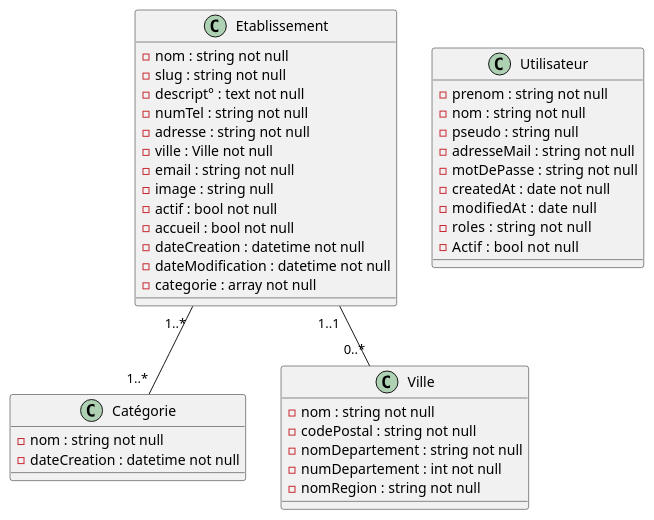
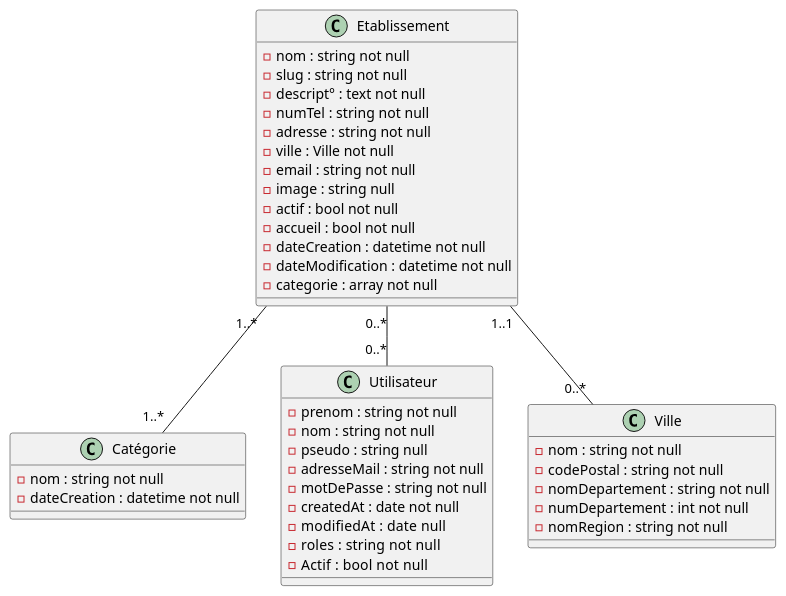
The diagram in documentation/Diagramme de classe.puml (DUTREUXAlexis/FC_TourismeBts), drawn with PlantUML before and after one commit. The commit also changed 11 other files, not shown here.

```diff
--- a/documentation/Diagramme de classe.puml
+++ b/documentation/Diagramme de classe.puml
@@ -1,60 +1,61 @@
 @startuml
 'https://plantuml.com/class-diagram
 
 
 class Catégorie {
 
 -nom : string not null
 -dateCreation : datetime not null
 
 }
 
 class Utilisateur
 {
 -prenom : string not null
 -nom : string not null
 -pseudo : string null
 -adresseMail : string not null
 -motDePasse : string not null
 -createdAt : date not null
 -modifiedAt :  date null
 -roles :  string not null
 -Actif :  bool not null
 }
 
 
 class Ville {
 
 -nom : string not null
 -codePostal : string not null
 -nomDepartement : string not null
 -numDepartement : int not null
 -nomRegion : string not null
 
 }
 
 class Etablissement {
 
 -nom : string not null
 -slug : string not null
 -descript° : text not null
 -numTel : string not null
 -adresse : string not null
 -ville : Ville not null
 -email : string not null
 -image : string null
 -actif : bool not null
 -accueil : bool not null
 -dateCreation : datetime not null
 -dateModification : datetime not null
 -categorie : array not null
 
 }
 
 
 
 
 
 Etablissement "1..* " -- "1..* " Catégorie
 Etablissement "1..1 "-- "0..*"Ville
+Etablissement "0..*"  -- "0..*"Utilisateur
 @enduml
```
